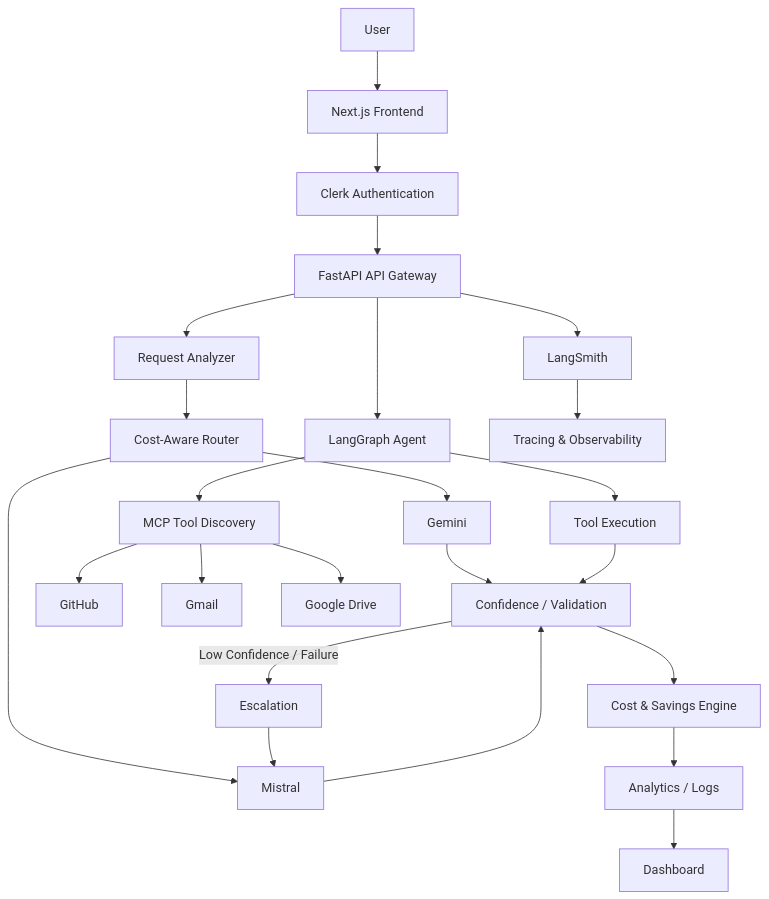
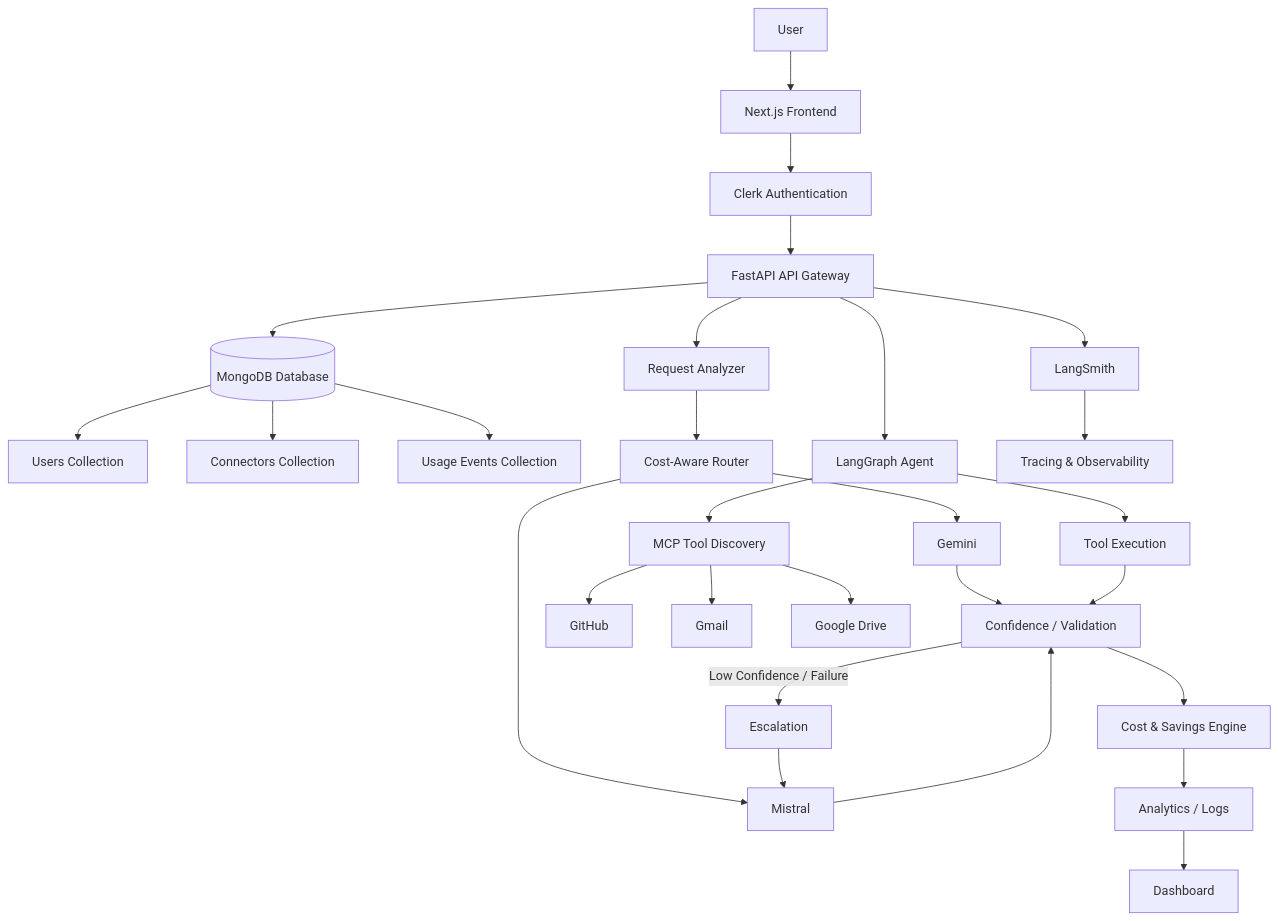
Before and after one commit to Kathir18M/Cost-Aware-Multi-Model-Router: the diagram in PROJECT_04_COST_AWARE_ROUTER/README.md, drawn with Mermaid. The commit also changed other lines of this file and 16 other files, not shown here.

Commit message:
feat: implement MongoDB persistent database layer and comprehensive technical documentation

````diff
--- a/PROJECT_04_COST_AWARE_ROUTER/README.md
+++ b/PROJECT_04_COST_AWARE_ROUTER/README.md
@@ -9,36 +9,41 @@
 ```mermaid
 flowchart TD
     U[User] --> FE[Next.js Frontend]
     FE --> CL[Clerk Authentication]
     CL --> API[FastAPI API Gateway]
+
+    API --> MDB[(MongoDB Database)]
+    MDB --> USR[Users Collection]
+    MDB --> CNN[Connectors Collection]
+    MDB --> USG[Usage Events Collection]
 
     API --> RA[Request Analyzer]
     RA --> RT[Cost-Aware Router]
 
     RT --> G[Gemini]
     RT --> M[Mistral]
 
     G --> CV[Confidence / Validation]
     M --> CV
 
     CV -->|Low Confidence / Failure| ES[Escalation]
     ES --> M
 
     API --> AG[LangGraph Agent]
     AG --> MD[MCP Tool Discovery]
 
     MD --> GH[GitHub]
     MD --> GM[Gmail]
     MD --> GD[Google Drive]
 
     AG --> EX[Tool Execution]
     EX --> CV
 
     CV --> CS[Cost & Savings Engine]
     CS --> DB[Analytics / Logs]
 
     API --> LS[LangSmith]
     LS --> OBS[Tracing & Observability]
 
     DB --> DASH[Dashboard]
 ```
````
